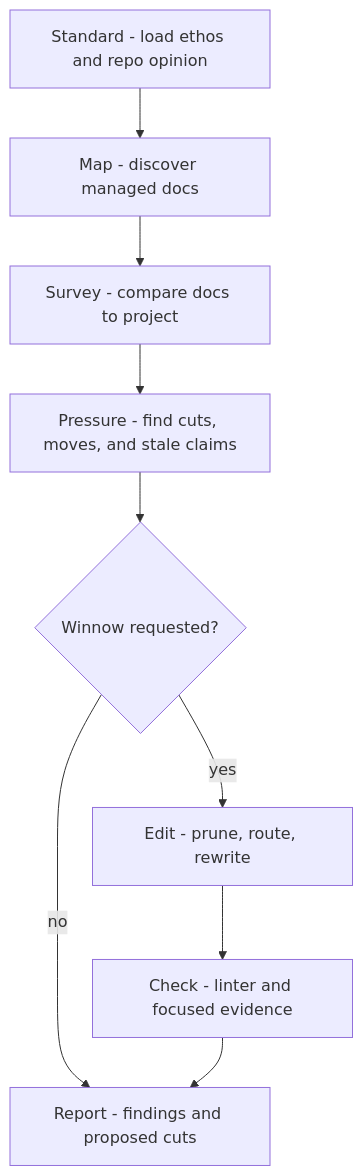
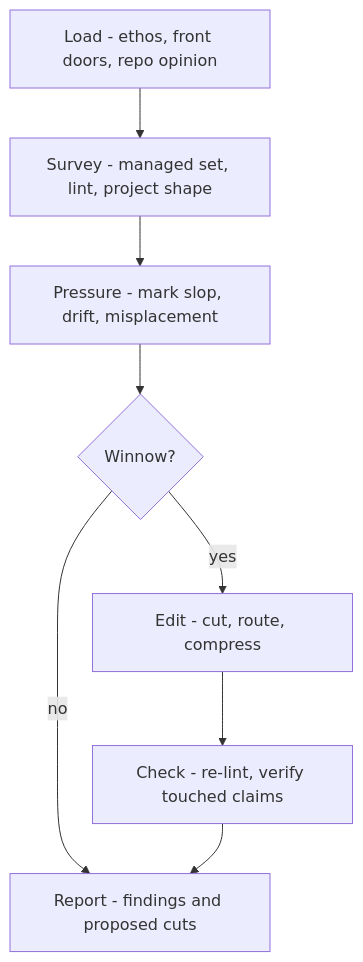
One commit to ZPerrin/loom changed the diagram in skills/weft/SKILL.md. Above: the diagram before and after it, drawn with Mermaid. The commit also changed other lines of this file and 10 other files, not shown here.

````diff
--- a/skills/weft/SKILL.md
+++ b/skills/weft/SKILL.md
@@ -30,11 +31,10 @@
 ```mermaid
 flowchart TD
-    standard["Standard - load ethos and repo opinion"] --> map["Map - discover managed docs"]
-    map --> survey["Survey - compare docs to project"]
-    survey --> pressure["Pressure - find cuts, moves, and stale claims"]
-    pressure --> intent{"Winnow requested?"}
+    load["Load - ethos, front doors, repo opinion"] --> survey["Survey - managed set, lint, project shape"]
+    survey --> pressure["Pressure - mark slop, drift, misplacement"]
+    pressure --> intent{"Winnow?"}
     intent -->|no| report["Report - findings and proposed cuts"]
-    intent -->|yes| edit["Edit - prune, route, rewrite"]
-    edit --> check["Check - linter and focused evidence"]
+    intent -->|yes| edit["Edit - cut, route, compress"]
+    edit --> check["Check - re-lint, verify touched claims"]
     check --> report
 ```
````
